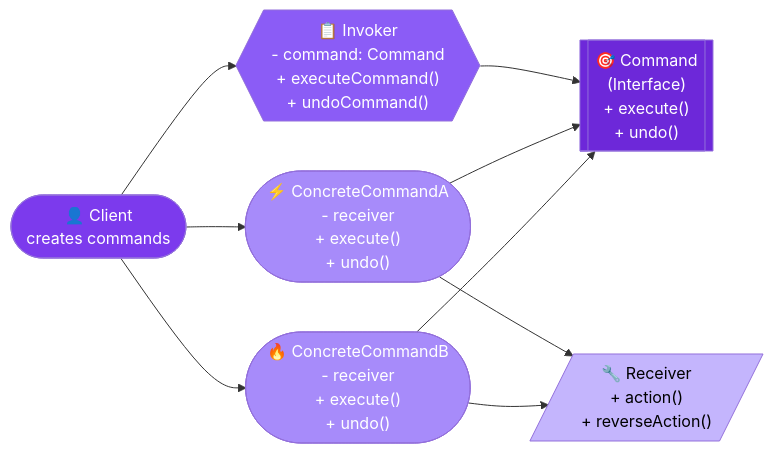
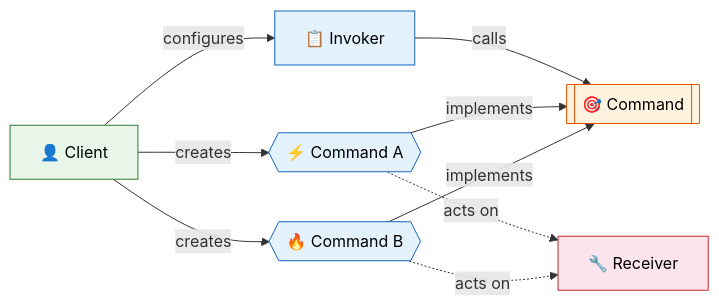
Before and after one commit to saivamsikaruturi/vamsilabs-dev-notes-main: the second of 3 diagrams in docs/designpatterns/behaviouralDesignPatterns/CommandDp.md, drawn with Mermaid. The commit also changed other lines of this file and 42 other files, not shown here.

````diff
--- a/docs/designpatterns/behaviouralDesignPatterns/CommandDp.md
+++ b/docs/designpatterns/behaviouralDesignPatterns/CommandDp.md
@@ -32,25 +27,18 @@
 ```mermaid
 flowchart LR
-    Client(["👤 Client\ncreates commands"])
-    Invoker{{"📋 Invoker\n- command: Command\n+ executeCommand()\n+ undoCommand()"}}
-    Command[["🎯 Command\n(Interface)\n+ execute()\n+ undo()"]]
-    ConcreteCommandA(["⚡ ConcreteCommandA\n- receiver\n+ execute()\n+ undo()"])
-    ConcreteCommandB(["🔥 ConcreteCommandB\n- receiver\n+ execute()\n+ undo()"])
-    Receiver[/"🔧 Receiver\n+ action()\n+ reverseAction()"/]
+    Client["👤 Client"] -->|"creates"| CmdA{{"⚡ Command A"}}
+    Client -->|"creates"| CmdB{{"🔥 Command B"}}
+    Client -->|"configures"| Invoker["📋 Invoker"]
+    Invoker -->|"calls"| Command[["🎯 Command"]]
+    CmdA -->|"implements"| Command
+    CmdB -->|"implements"| Command
+    CmdA -.->|"acts on"| Receiver["🔧 Receiver"]
+    CmdB -.->|"acts on"| Receiver
 
-    Client --> Invoker
-    Client --> ConcreteCommandA
-    Client --> ConcreteCommandB
-    Invoker --> Command
-    ConcreteCommandA --> Command
-    ConcreteCommandB --> Command
-    ConcreteCommandA --> Receiver
-    ConcreteCommandB --> Receiver
-
-    style Client fill:#7c3aed,color:#fff
-    style Invoker fill:#8b5cf6,color:#fff
-    style Command fill:#6d28d9,color:#fff
-    style ConcreteCommandA fill:#a78bfa,color:#fff
-    style ConcreteCommandB fill:#a78bfa,color:#fff
-    style Receiver fill:#c4b5fd,color:#000
+    style Client fill:#E8F5E9,stroke:#2E7D32,color:#000
+    style Invoker fill:#E3F2FD,stroke:#1565C0,color:#000
+    style Command fill:#FFF3E0,stroke:#E65100,color:#000
+    style CmdA fill:#E3F2FD,stroke:#1565C0,color:#000
+    style CmdB fill:#E3F2FD,stroke:#1565C0,color:#000
+    style Receiver fill:#FCE4EC,stroke:#C62828,color:#000
 ```
````
